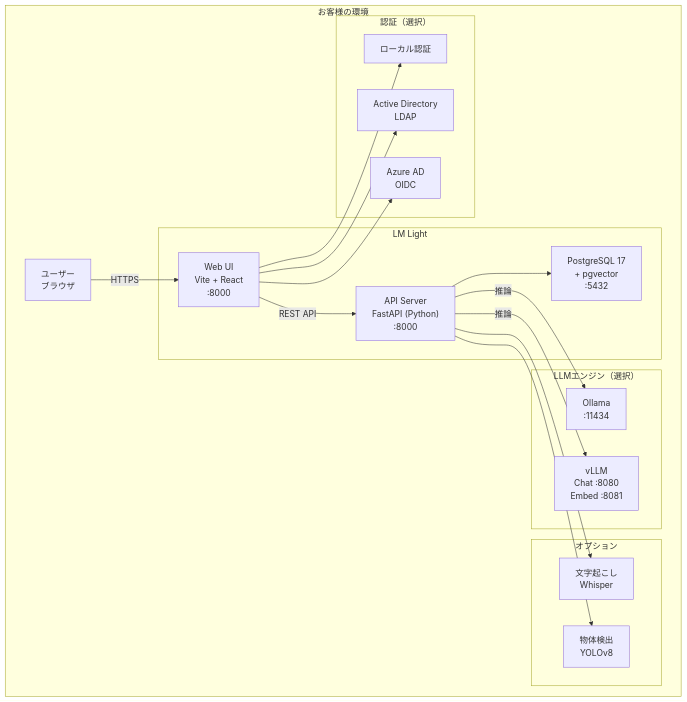
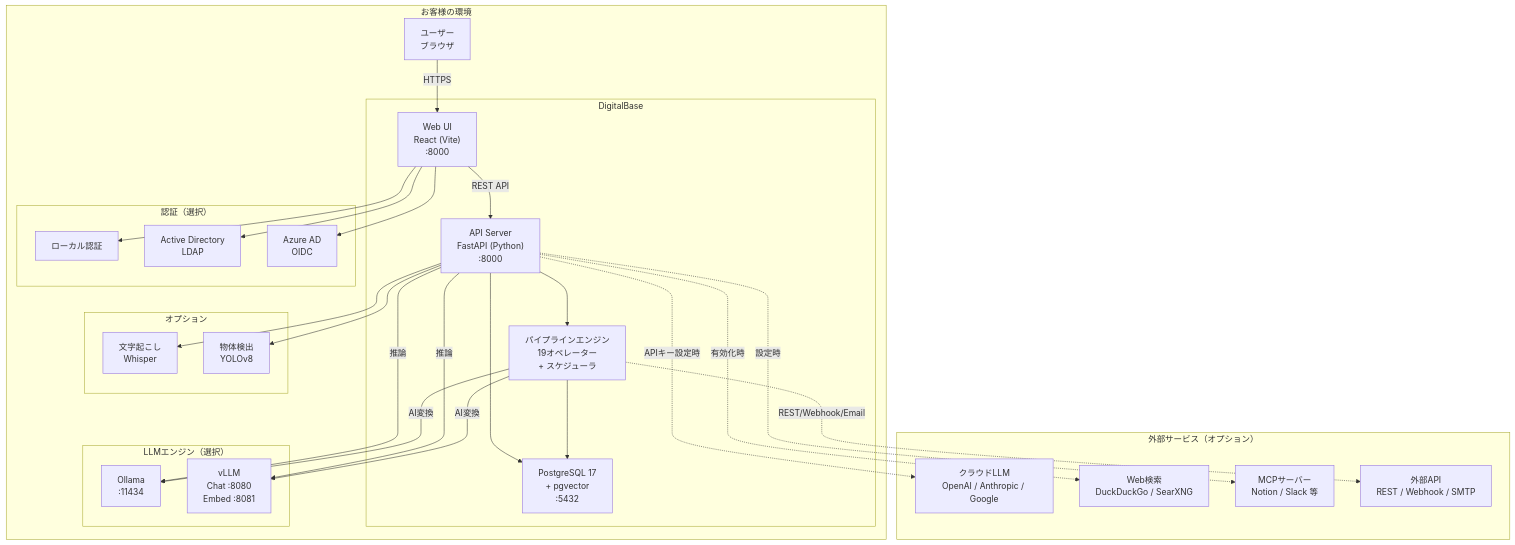
The first of 7 diagrams in docs/src/17_システム構成図.md (lmlight-app/dist_vite), drawn with Mermaid before and after one commit. The commit also changed other lines of this file and 41 other files, not shown here.

First line of the commit message:
Rename LM Light to DigitalBase; add Cloud LLM docs

````diff
--- a/docs/src/17_システム構成図.md
+++ b/docs/src/17_システム構成図.md
@@ -13,39 +13,56 @@
 ```mermaid
 graph TB
     subgraph "お客様の環境"
         User["ユーザー<br/>ブラウザ"]
 
-        subgraph "LM Light"
-            Web["Web UI<br/>Vite + React<br/>:8000"]
+        subgraph "DigitalBase"
+            Web["Web UI<br/>React (Vite)<br/>:8000"]
             API["API Server<br/>FastAPI (Python)<br/>:8000"]
             DB["PostgreSQL 17<br/>+ pgvector<br/>:5432"]
+            Pipeline["パイプラインエンジン<br/>19オペレーター<br/>+ スケジューラ"]
         end
 
         subgraph "LLMエンジン（選択）"
             Ollama["Ollama<br/>:11434"]
             vLLM["vLLM<br/>Chat :8080<br/>Embed :8081"]
         end
 
         subgraph "オプション"
             Whisper["文字起こし<br/>Whisper"]
             YOLO["物体検出<br/>YOLOv8"]
         end
 
         subgraph "認証（選択）"
             Local["ローカル認証"]
             AD["Active Directory<br/>LDAP"]
             Azure["Azure AD<br/>OIDC"]
         end
 
         User -->|HTTPS| Web
         Web -->|REST API| API
         API --> DB
         API -->|推論| Ollama
         API -->|推論| vLLM
         API --> Whisper
         API --> YOLO
+        API --> Pipeline
+        Pipeline --> DB
+        Pipeline -->|AI変換| Ollama
+        Pipeline -->|AI変換| vLLM
         Web --> Local
         Web --> AD
         Web --> Azure
     end
+
+    subgraph "外部サービス（オプション）"
+        Cloud["クラウドLLM<br/>OpenAI / Anthropic / Google"]
+        WebSearch["Web検索<br/>DuckDuckGo / SearXNG"]
+        MCP["MCPサーバー<br/>Notion / Slack 等"]
+        ExtAPI["外部API<br/>REST / Webhook / SMTP"]
+    end
+
+    API -.->|APIキー設定時| Cloud
+    API -.->|有効化時| WebSearch
+    API -.->|設定時| MCP
+    Pipeline -.->|REST/Webhook/Email| ExtAPI
 ```
````
